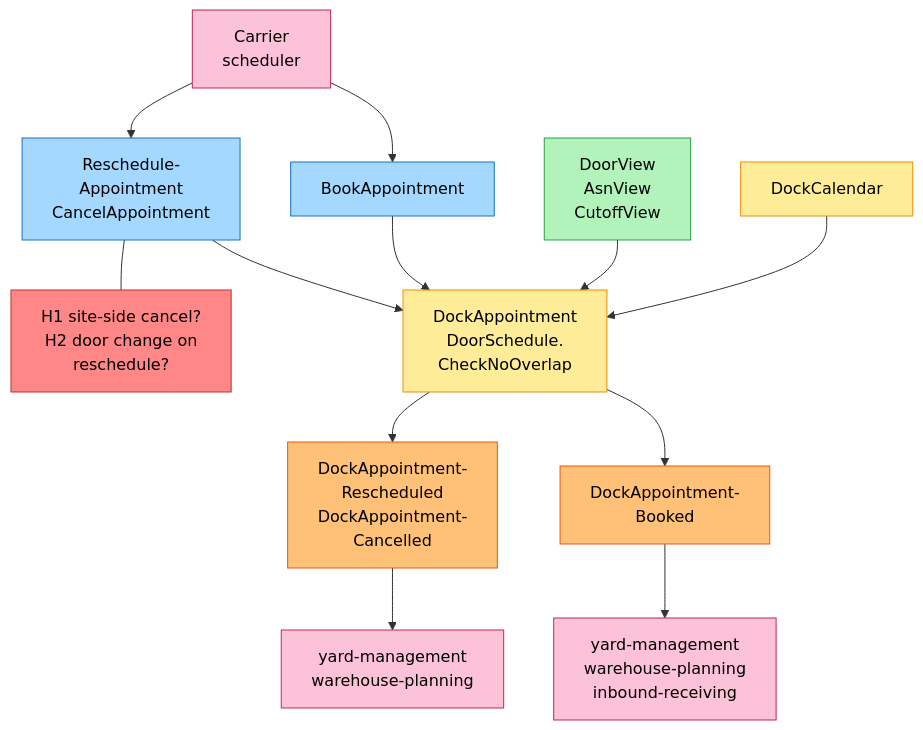
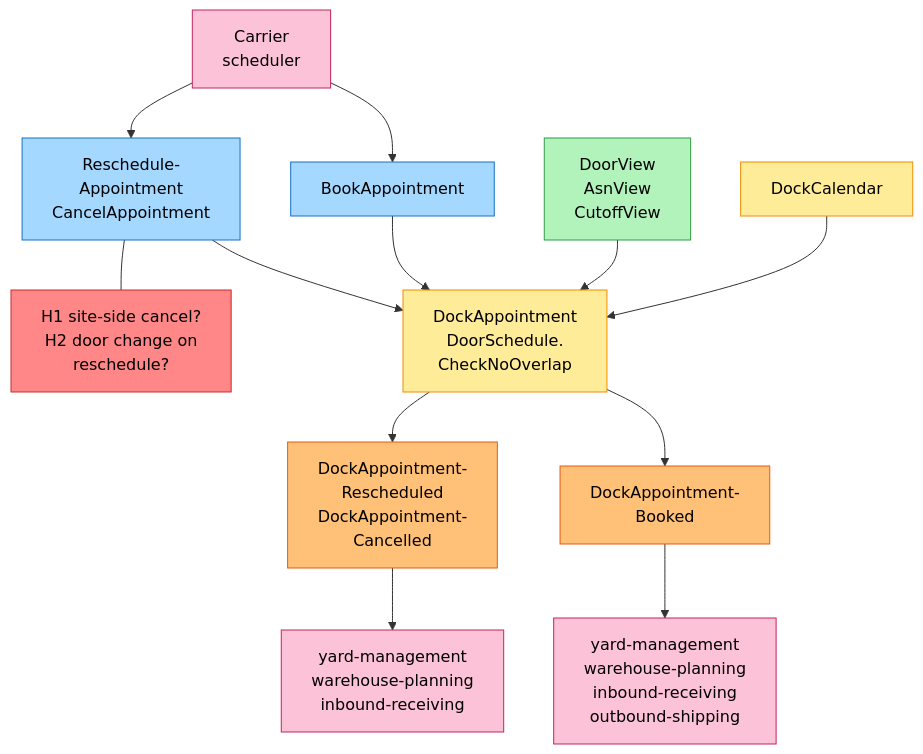
Before and after one commit to IQVO/dock-scheduling: the first of 7 diagrams in docs/docs/ddd/eventstorming.md, drawn with Mermaid. The commit also changed other lines of this file and 6 other files, not shown here.

````diff
--- a/docs/docs/ddd/eventstorming.md
+++ b/docs/docs/ddd/eventstorming.md
@@ -31,28 +31,28 @@
 ```mermaid
 flowchart TB
     classDef cmd fill:#a5d8ff,stroke:#1971c2,color:#000
     classDef agg fill:#ffec99,stroke:#f08c00,color:#000
     classDef evt fill:#ffc078,stroke:#e8590c,color:#000
     classDef pol fill:#d0bfff,stroke:#7048e8,color:#000
     classDef rm fill:#b2f2bb,stroke:#2f9e44,color:#000
     classDef ext fill:#fcc2d7,stroke:#c2255c,color:#000
     classDef hot fill:#ff8787,stroke:#c92a2a,color:#000
     CS["Carrier<br/>scheduler"]:::ext
     C1["BookAppointment"]:::cmd
     C2["Reschedule-<br/>Appointment<br/>CancelAppointment"]:::cmd
     RM1["DoorView<br/>AsnView<br/>CutoffView"]:::rm
     CAL["DockCalendar"]:::agg
     A1["DockAppointment<br/>DoorSchedule.<br/>CheckNoOverlap"]:::agg
     E1["DockAppointment-<br/>Booked"]:::evt
     E2["DockAppointment-<br/>Rescheduled<br/>DockAppointment-<br/>Cancelled"]:::evt
-    X1["yard-management<br/>warehouse-planning<br/>inbound-receiving"]:::ext
-    X2["yard-management<br/>warehouse-planning"]:::ext
+    X1["yard-management<br/>warehouse-planning<br/>inbound-receiving<br/>outbound-shipping"]:::ext
+    X2["yard-management<br/>warehouse-planning<br/>inbound-receiving"]:::ext
     H1["H1 site-side cancel?<br/>H2 door change on<br/>reschedule?"]:::hot
     CS --> C1 --> A1
     CS --> C2 --> A1
     RM1 --> A1
     CAL --> A1
     A1 --> E1 --> X1
     A1 --> E2 --> X2
     C2 --- H1
 ```
````
